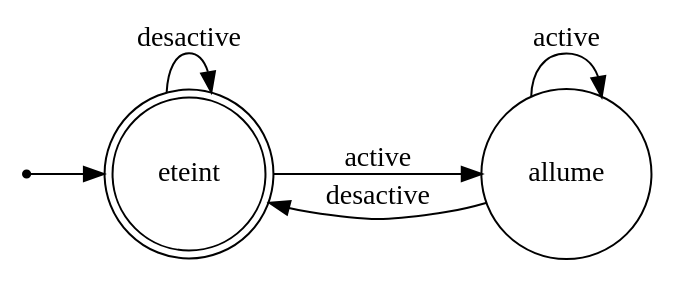
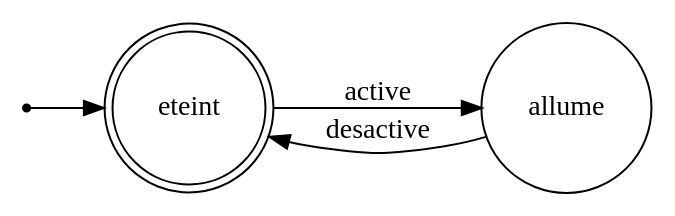
The diagram in Compilator/code.gv (mineosx29/wasm-as-ensta), drawn with Graphviz before and after one commit. The commit also changed 5 other files, not shown here.

```diff
--- a/Compilator/code.gv
+++ b/Compilator/code.gv
@@ -1,13 +1,11 @@
 digraph automate{
 rankdir=LR;
 size="8,5"
 node [shape = doublecircle];eteint;
 node [shape = point ]; qi
 node [shape = circle];
 qi -> eteint;
 node [shape = circle];allume;
 eteint -> allume [ label = "active"];
-eteint -> eteint [ label = "desactive"];
-allume -> allume [ label = "active"];
 allume -> eteint [ label = "desactive"];
 }
```
